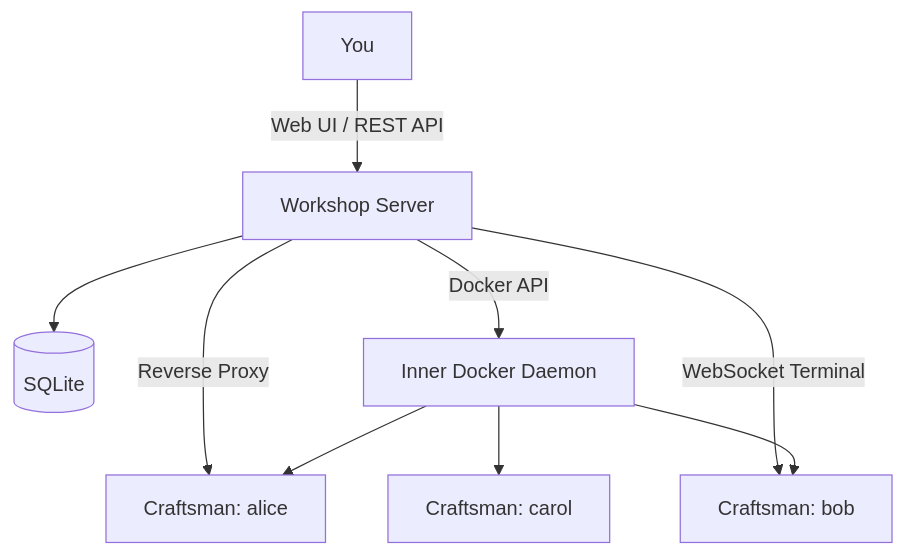
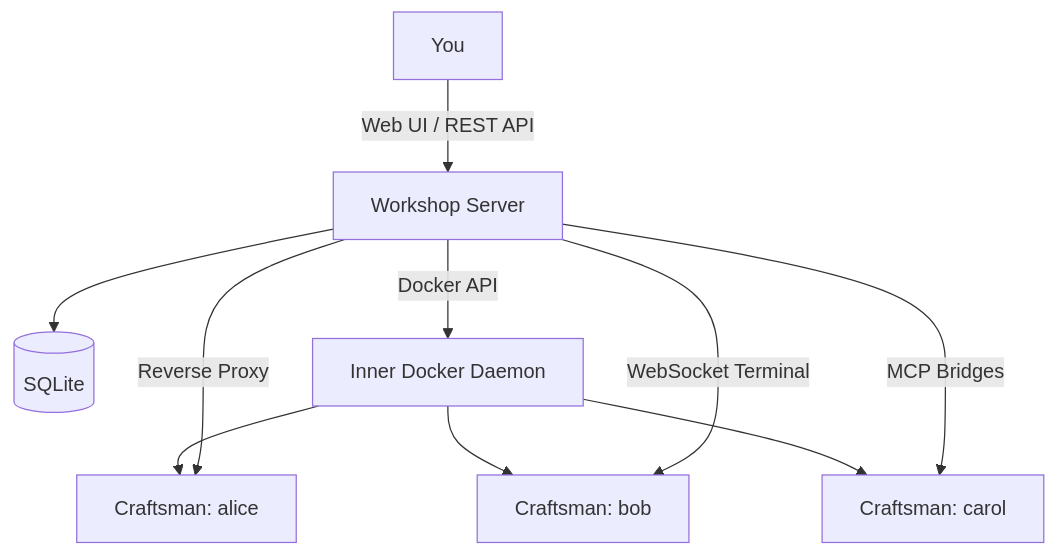
The diagram in documentation/index.md (marcus-gc/workshop), drawn with Mermaid before and after one commit. The commit also changed other lines of this file and 10 other files, not shown here.

````diff
--- a/documentation/index.md
+++ b/documentation/index.md
@@ -15,16 +15,17 @@
 ```mermaid
 flowchart TD
   U[You] -->|Web UI / REST API| W[Workshop Server]
   W --> DB[(SQLite)]
   W -->|Docker API| D[Inner Docker Daemon]
   D --> C1[Craftsman: alice]
   D --> C2[Craftsman: bob]
   D --> C3[Craftsman: carol]
   W -->|Reverse Proxy| C1
   W -->|WebSocket Terminal| C2
+  W -->|MCP Bridges| C3
 
   click W href "#" "server/src/index.ts"
-  click DB href "#" "server/src/db/schema.ts:4-27"
+  click DB href "#" "server/src/db/schema.ts:3-37"
   click D href "#" "server/entrypoint.sh"
   click C1 href "#" "server/Dockerfile.craftsman"
 ```
````
